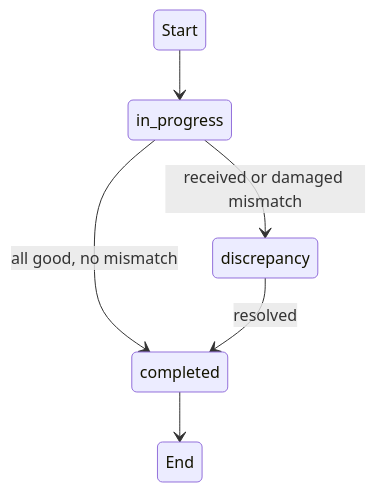
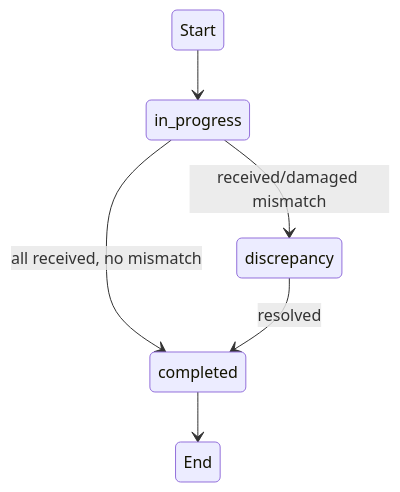
The tenth of 13 diagrams in docs/DPC-NEXUS-SUPABASE-DATABASE-ARCHITECTURE.md (justinesestina/dream-pc-pos), drawn with Mermaid before and after one commit. The commit also changed other lines of this file and 266 other files, not shown here.

````diff
--- a/docs/DPC-NEXUS-SUPABASE-DATABASE-ARCHITECTURE.md
+++ b/docs/DPC-NEXUS-SUPABASE-DATABASE-ARCHITECTURE.md
@@ -1076,8 +1069,8 @@
 ```mermaid
 stateDiagram-v2
     Start --> in_progress
-    in_progress --> completed: all good, no mismatch
-    in_progress --> discrepancy: received or damaged mismatch
+    in_progress --> completed: all received, no mismatch
+    in_progress --> discrepancy: received/damaged mismatch
     discrepancy --> completed: resolved
     completed --> End
 ```
````
